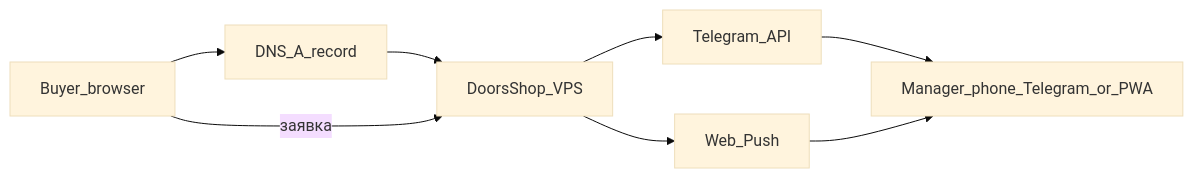
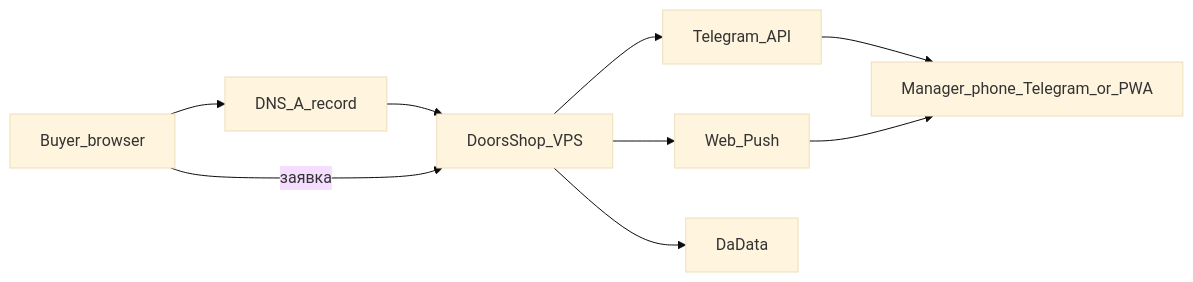
Before and after one commit to DanillS/lending-web: the first of 2 diagrams in docs/ARCHITECTURE.md, drawn with Mermaid (base theme). The commit also changed 28 other files, not shown here.

````diff
--- a/docs/ARCHITECTURE.md
+++ b/docs/ARCHITECTURE.md
@@ -9,15 +9,17 @@
 ```mermaid
 flowchart LR
   buyer[Buyer_browser]
   mgr[Manager_phone_Telegram_or_PWA]
   shop[DoorsShop_VPS]
   tg[Telegram_API]
   push[Web_Push]
+  dadata[DaData]
   dns[DNS_A_record]
   buyer --> dns --> shop
   shop --> tg
   shop --> push
+  shop --> dadata
   tg --> mgr
   push --> mgr
   buyer -->|"заявка"| shop
 ```
````
